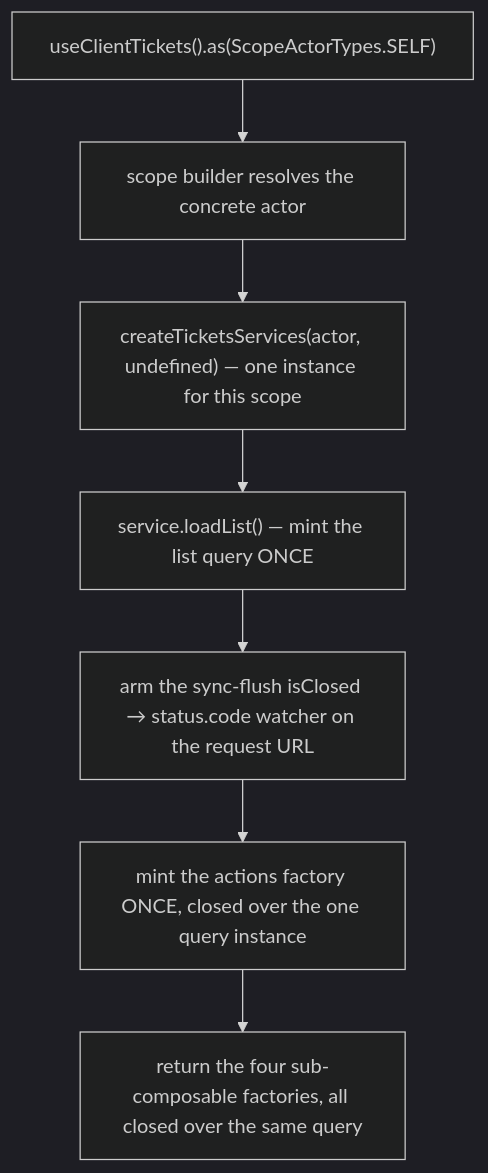
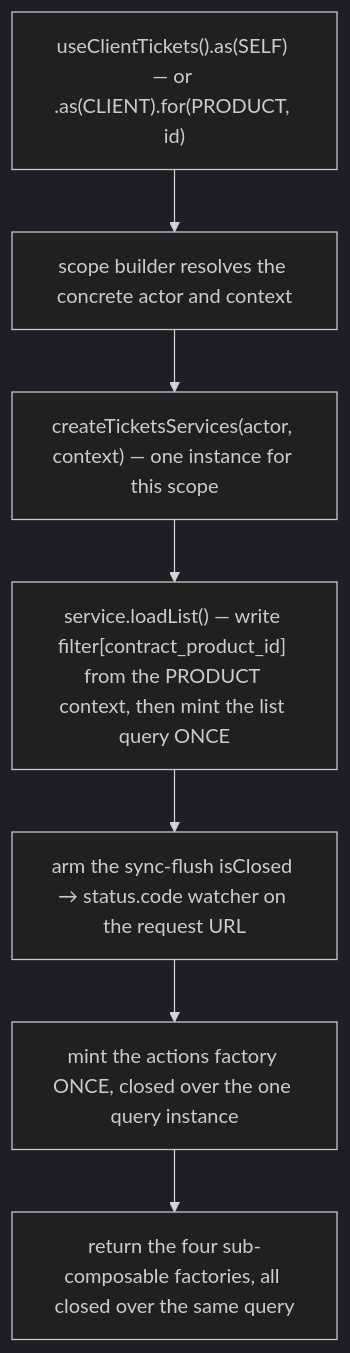
One commit to upmind/upmind-ui changed the first of 6 diagrams in packages/headless/src/modules/tickets/docs/architecture.md. Above: the diagram before and after it, drawn with Mermaid (dark theme). The commit also changed other lines of this file and 12 other files, not shown here.

````diff
--- a/packages/headless/src/modules/tickets/docs/architecture.md
+++ b/packages/headless/src/modules/tickets/docs/architecture.md
@@ -22,9 +22,9 @@
 ```mermaid
 flowchart TD
-  call["useClientTickets().as(ScopeActorTypes.SELF)"] --> resolve["scope builder resolves the concrete actor"]
-  resolve --> services["createTicketsServices(actor, undefined) — one instance for this scope"]
-  services --> mint["service.loadList() — mint the list query ONCE"]
+  call["useClientTickets().as(SELF) — or .as(CLIENT).for(PRODUCT, id)"] --> resolve["scope builder resolves the concrete actor and context"]
+  resolve --> services["createTicketsServices(actor, context) — one instance for this scope"]
+  services --> mint["service.loadList() — write filter[contract_product_id] from the PRODUCT context, then mint the list query ONCE"]
   mint --> watch["arm the sync-flush isClosed → status.code watcher on the request URL"]
   watch --> actions["mint the actions factory ONCE, closed over the one query instance"]
   actions --> ready["return the four sub-composable factories, all closed over the same query"]
 ```
````
